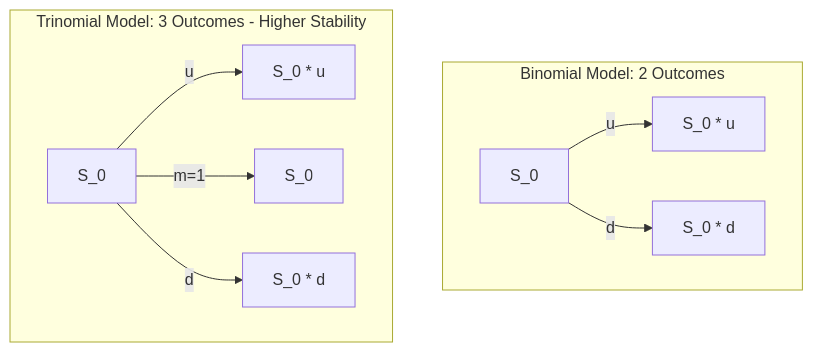
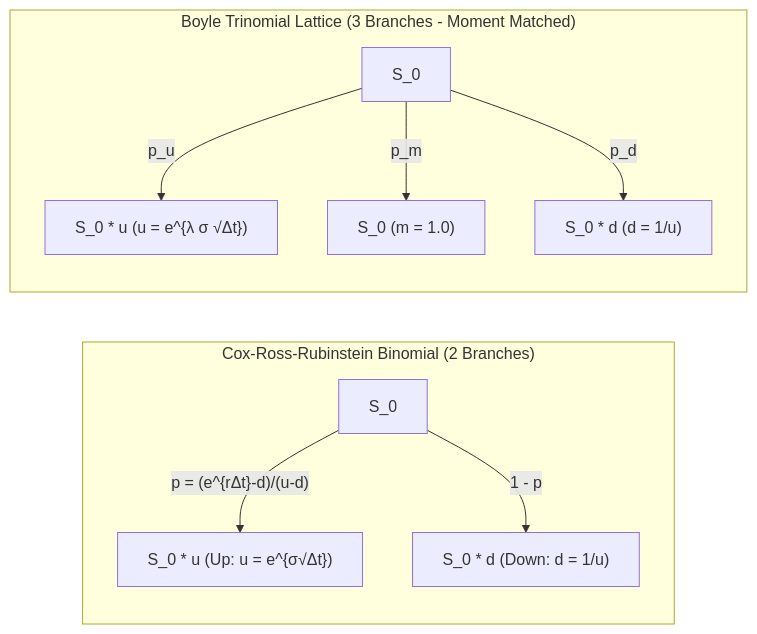
Before and after one commit to eggieinquant/wqu: the first of 4 diagrams in 06_derivative_pricing/README.md, drawn with Mermaid. The commit also changed other lines of this file and 6 other files, not shown here.

Commit message:
docs: overhaul and standardize READMEs across all MScFE modules (01-08) with Mermaid architectures, LaTeX formulas, and complete lesson mappings

````diff
--- a/06_derivative_pricing/README.md
+++ b/06_derivative_pricing/README.md
@@ -19,13 +19,13 @@
 ```mermaid
-graph TD
-    subgraph Binomial_Tree ["Binomial Model: 2 Outcomes"]
-        S0["S_0"] -->|"u"| Su["S_0 * u"]
-        S0 -->|"d"| Sd["S_0 * d"]
+flowchart LR
+    subgraph CRR_Binomial ["Cox-Ross-Rubinstein Binomial (2 Branches)"]
+        S0_b["S_0"] -->|"p = (e^{rΔt}-d)/(u-d)"| Su_b["S_0 * u  (Up: u = e^{σ√Δt})"]
+        S0_b -->|"1 - p"| Sd_b["S_0 * d  (Down: d = 1/u)"]
     end
-    
-    subgraph Trinomial_Tree ["Trinomial Model: 3 Outcomes - Higher Stability"]
-        S0_t["S_0"] -->|"u"| Su_t["S_0 * u"]
-        S0_t -->|"m=1"| Sm_t["S_0"]
-        S0_t -->|"d"| Sd_t["S_0 * d"]
+
+    subgraph Boyle_Trinomial ["Boyle Trinomial Lattice (3 Branches - Moment Matched)"]
+        S0_t["S_0"] -->|"p_u"| Su_t["S_0 * u  (u = e^{λ σ √Δt})"]
+        S0_t -->|"p_m"| Sm_t["S_0  (m = 1.0)"]
+        S0_t -->|"p_d"| Sd_t["S_0 * d  (d = 1/u)"]
     end
 ```
````
